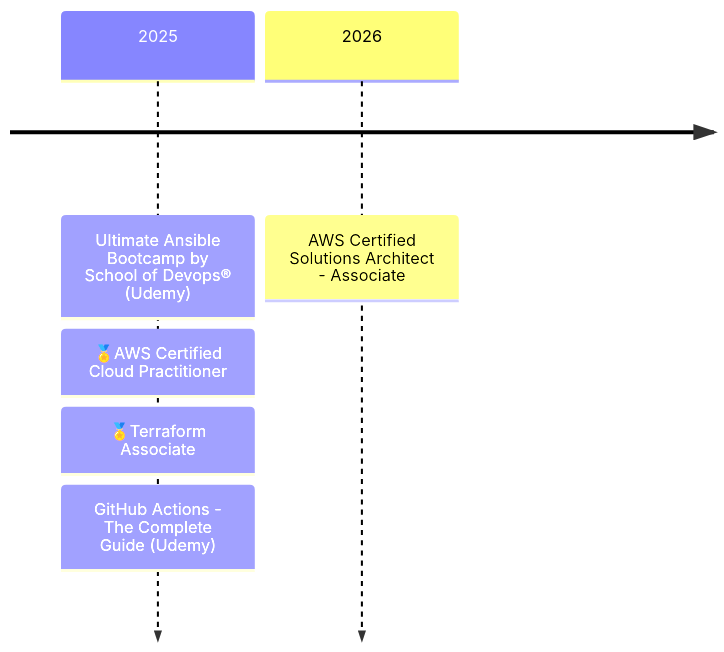
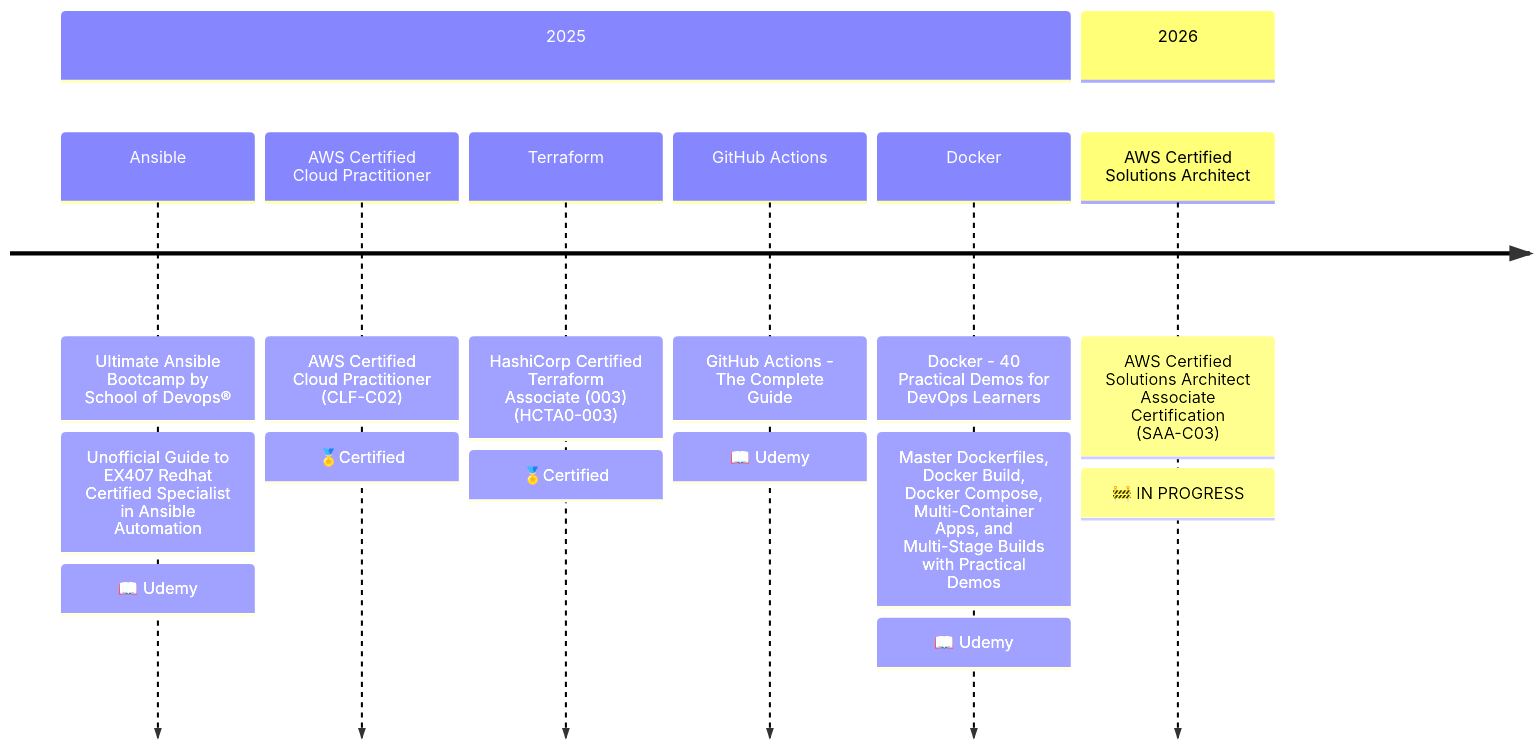
One commit to rtdevx/rtdevx.github.io changed the diagram in content/about.md. Above: the diagram before and after it, drawn with Mermaid.

Commit message:
Obsidian sync: 2025-12-09 23:05:43

```diff
--- a/content/about.md
+++ b/content/about.md
@@ -63,8 +63,12 @@
 {{< mermaid >}}
 timeline
-    2025 : Ultimate Ansible Bootcamp by School of Devops® (Udemy)
-         : 🏅AWS Certified Cloud Practitioner
-         : 🏅Terraform Associate
-         : GitHub Actions - The Complete Guide (Udemy)
-    2026 : AWS Certified Solutions Architect - Associate
+        section 2025
+          Ansible : Ultimate Ansible Bootcamp by School of Devops® : Unofficial Guide to EX407 Redhat Certified Specialist in Ansible Automation : 📖 Udemy
+          AWS Certified Cloud Practitioner : AWS Certified Cloud Practitioner (CLF-C02) : 🏅Certified
+          Terraform : HashiCorp Certified Terraform Associate (003) (HCTA0-003) : 🏅Certified
+          GitHub Actions : GitHub Actions - The Complete Guide : 📖 Udemy
+          Docker : Docker - 40 Practical Demos for DevOps Learners : Master Dockerfiles, Docker Build, Docker Compose, Multi-Container Apps, and Multi-Stage Builds with Practical Demos : 📖 Udemy
+
+        section 2026
+          AWS Certified Solutions Architect : AWS Certified Solutions Architect Associate Certification (SAA-C03) : 🚧 IN PROGRESS
 {{< /mermaid >}}
```
